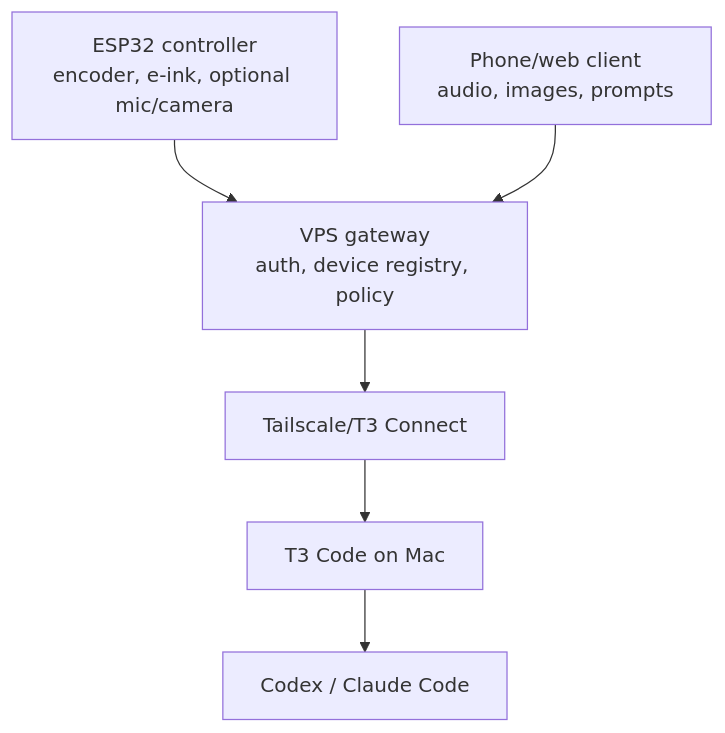
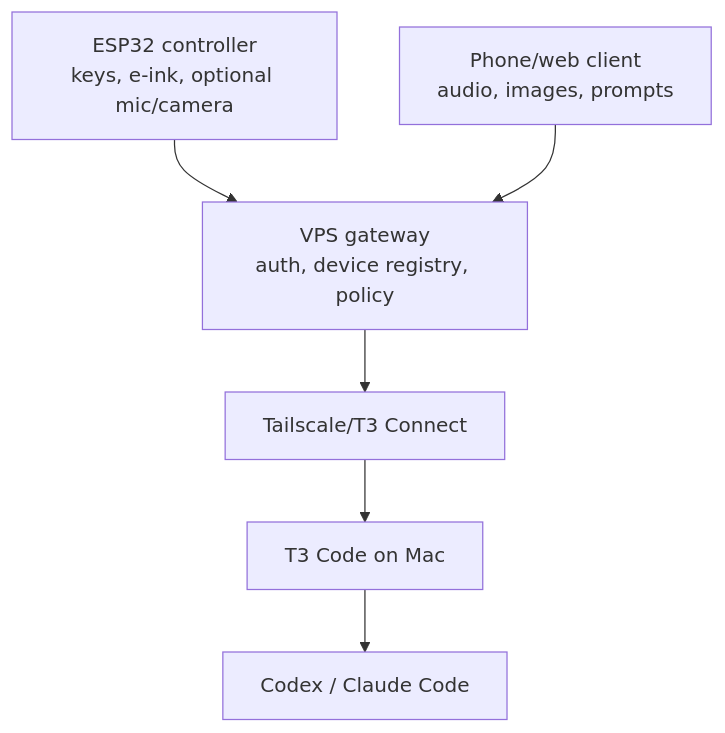
One commit to spyhack225/agent-controller changed the diagram in docs/hardware-protocol.md. Above: the diagram before and after it, drawn with Mermaid. The commit also changed other lines of this file and 131 other files, not shown here.

````diff
--- a/docs/hardware-protocol.md
+++ b/docs/hardware-protocol.md
@@ -15,8 +15,8 @@
 ```mermaid
 flowchart TD
-  ESP32["ESP32 controller<br/>encoder, e-ink, optional mic/camera"] --> Gateway["VPS gateway<br/>auth, device registry, policy"]
+  ESP32["ESP32 controller<br/>keys, e-ink, optional mic/camera"] --> Gateway["VPS gateway<br/>auth, device registry, policy"]
   Phone["Phone/web client<br/>audio, images, prompts"] --> Gateway
   Gateway --> Tailscale["Tailscale/T3 Connect"]
   Tailscale --> T3["T3 Code on Mac"]
   T3 --> Agents["Codex / Claude Code"]
 ```
````
